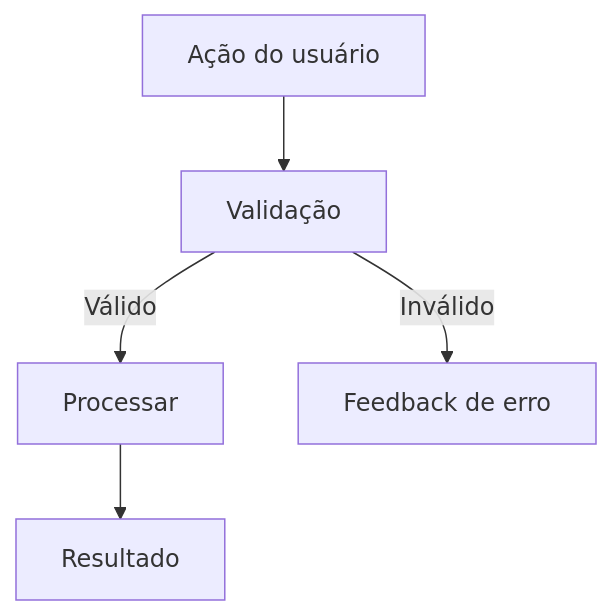
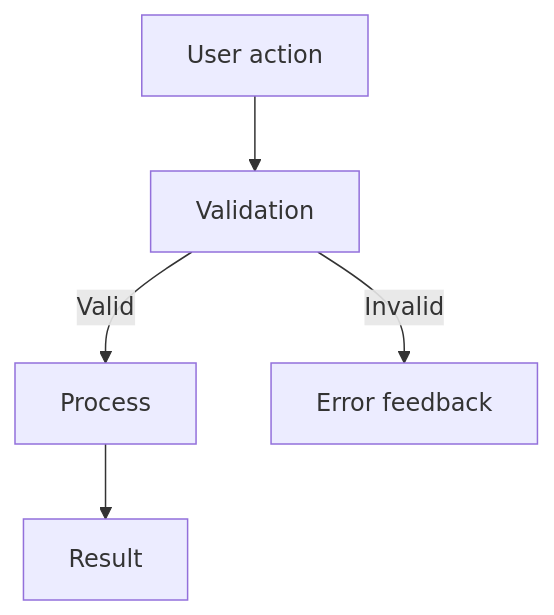
Before and after one commit to Sistema2D/FrameCode-VibeWork: the third of 5 diagrams in WORKFLOW.md, drawn with Mermaid. The commit also changed other lines of this file and 78 other files, not shown here.

````diff
--- a/WORKFLOW.md
+++ b/WORKFLOW.md
@@ -71,7 +71,7 @@
 ```mermaid
 flowchart TD
-    A["Ação do usuário"] --> B["Validação"]
-    B -- "Válido" --> C["Processar"]
-    B -- "Inválido" --> D["Feedback de erro"]
-    C --> E["Resultado"]
+    A["User action"] --> B["Validation"]
+    B -- "Valid" --> C["Process"]
+    B -- "Invalid" --> D["Error feedback"]
+    C --> E["Result"]
 ```
````
